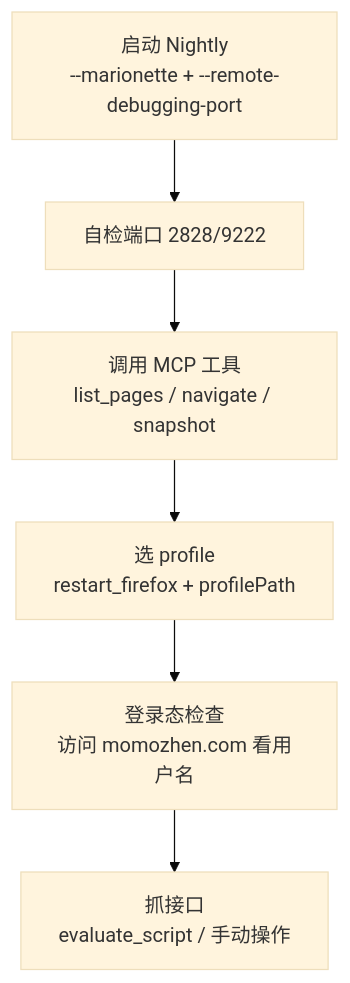
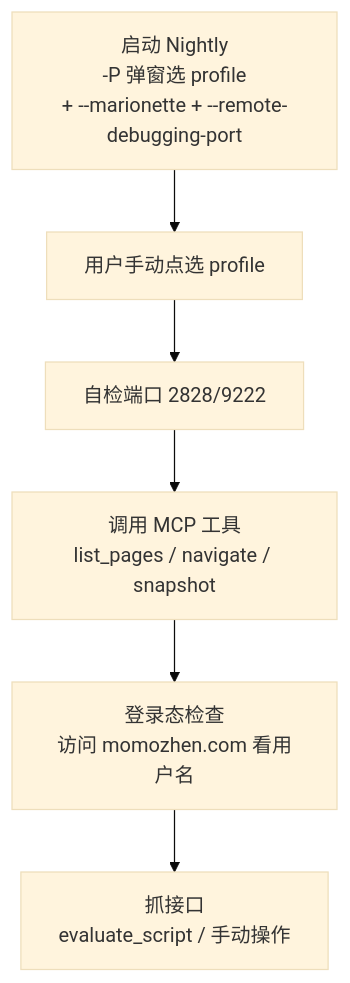
Before and after one commit to luotianyiismywife/Scarletmoon-helper: the diagram in docs/Firefox Nightly 调试文档.md, drawn with Mermaid (base theme). The commit also changed other lines of this file and 27 other files, not shown here.

````diff
--- a/docs/Firefox Nightly 调试文档.md
+++ b/docs/Firefox Nightly 调试文档.md
@@ -186,8 +175,8 @@
 ```mermaid
 flowchart TD
-    A[启动 Nightly<br/>--marionette + --remote-debugging-port] --> B[自检端口 2828/9222]
-    B --> C[调用 MCP 工具<br/>list_pages / navigate / snapshot]
-    C --> D[选 profile<br/>restart_firefox + profilePath]
+    A[启动 Nightly<br/>-P 弹窗选 profile<br/>+ --marionette + --remote-debugging-port] --> B[用户手动点选 profile]
+    B --> C[自检端口 2828/9222]
+    C --> D[调用 MCP 工具<br/>list_pages / navigate / snapshot]
     D --> E[登录态检查<br/>访问 momozhen.com 看用户名]
     E --> F[抓接口<br/>evaluate_script / 手动操作]
 ```
````
